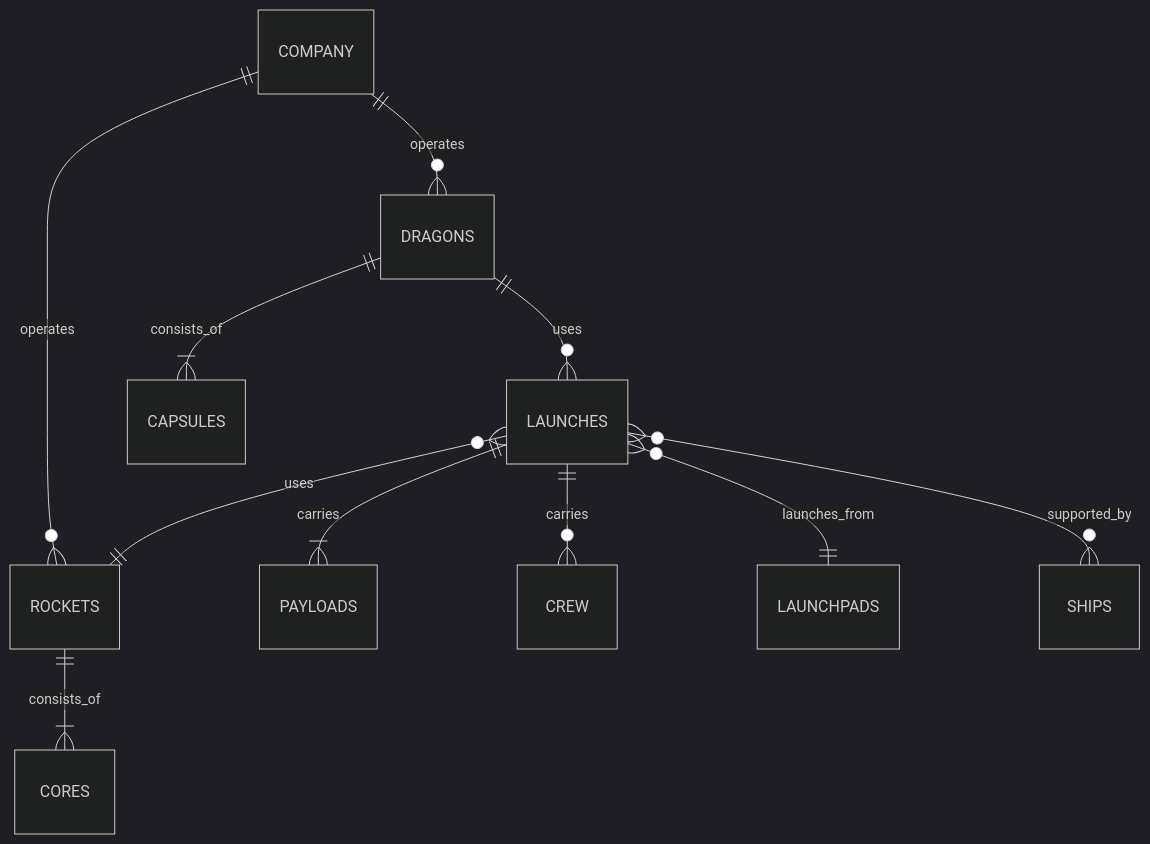
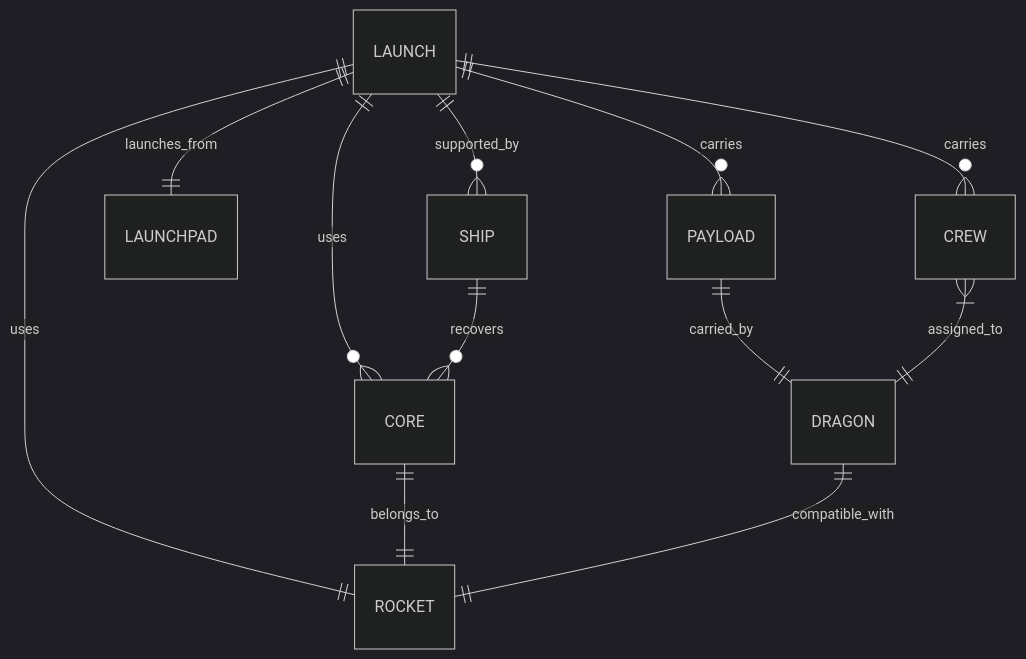
Before and after one commit to SiangbaMM/spacex_data_pipeline: the first of 2 diagrams in documents/spacex_data_model.md, drawn with Mermaid (dark theme). The commit also changed other lines of this file and 4 other files, not shown here.

````diff
--- a/documents/spacex_data_model.md
+++ b/documents/spacex_data_model.md
@@ -100,13 +5,14 @@
 ```mermaid
 erDiagram
-    COMPANY ||--o{ ROCKETS : operates
-    COMPANY ||--o{ DRAGONS : operates
-    LAUNCHES ||--|{ PAYLOADS : carries
-    LAUNCHES ||--o{ CREW : carries
-    LAUNCHES }o--|| ROCKETS : uses
-    DRAGONS ||--o{ LAUNCHES : uses
-    LAUNCHES }o--|| LAUNCHPADS : launches_from
-    LAUNCHES }o--o{ SHIPS : supported_by
-    ROCKETS ||--|{ CORES : consists_of
-    DRAGONS ||--|{ CAPSULES : consists_of
+    LAUNCH ||--o{ CORE : uses
+    LAUNCH ||--o{ PAYLOAD : carries
+    LAUNCH ||--|| LAUNCHPAD : launches_from
+    LAUNCH ||--|| ROCKET : uses
+    LAUNCH ||--o{ CREW : carries
+    LAUNCH ||--o{ SHIP : supported_by
+    CORE ||--|| ROCKET : belongs_to
+    PAYLOAD ||--|| DRAGON : carried_by
+    DRAGON ||--|| ROCKET : compatible_with
+    SHIP ||--o{ CORE : recovers
+    CREW }|--|| DRAGON : assigned_to
 ```
````
